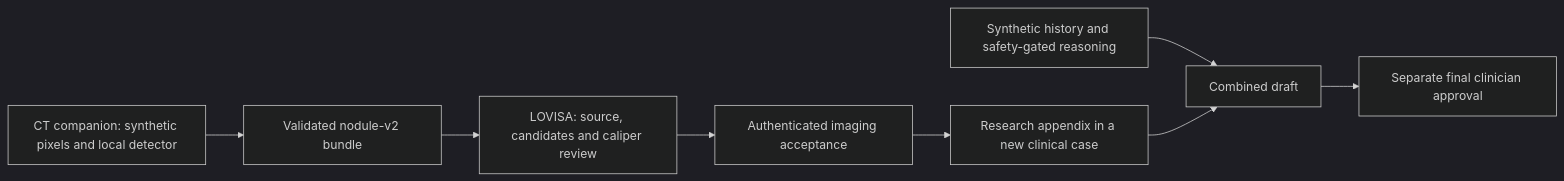
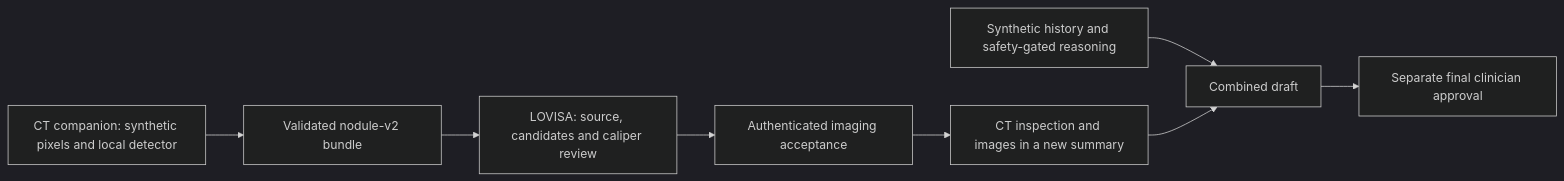
One commit to LilyC2024/Medical-AI changed the diagram in docs/ILLUSTRATIONS.md. Above: the diagram before and after it, drawn with Mermaid (dark theme). The commit also changed other lines of this file and 46 other files, not shown here.

First line of the commit message:
Include CT inspection in a concise clinician-reviewed summary

````diff
--- a/docs/ILLUSTRATIONS.md
+++ b/docs/ILLUSTRATIONS.md
@@ -45,10 +45,10 @@
 ```mermaid
 flowchart LR
     CT[CT companion: synthetic pixels and local detector] --> ZIP[Validated nodule-v2 bundle]
     ZIP --> VIEW[LOVISA: source, candidates and caliper review]
     VIEW --> ACCEPT[Authenticated imaging acceptance]
-    ACCEPT --> APPENDIX[Research appendix in a new clinical case]
+    ACCEPT --> APPENDIX[CT inspection and images in a new summary]
     HISTORY[Synthetic history and safety-gated reasoning] --> DRAFT[Combined draft]
     APPENDIX --> DRAFT
     DRAFT --> FINAL[Separate final clinician approval]
 ```
````
